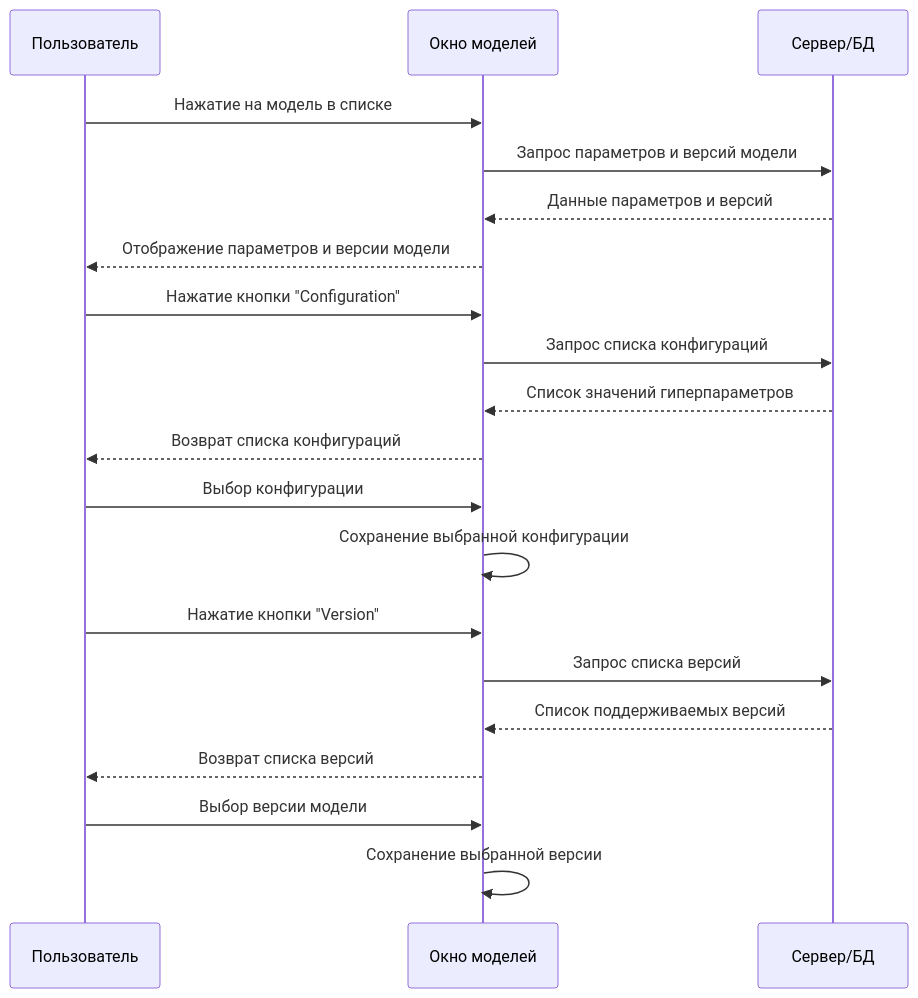
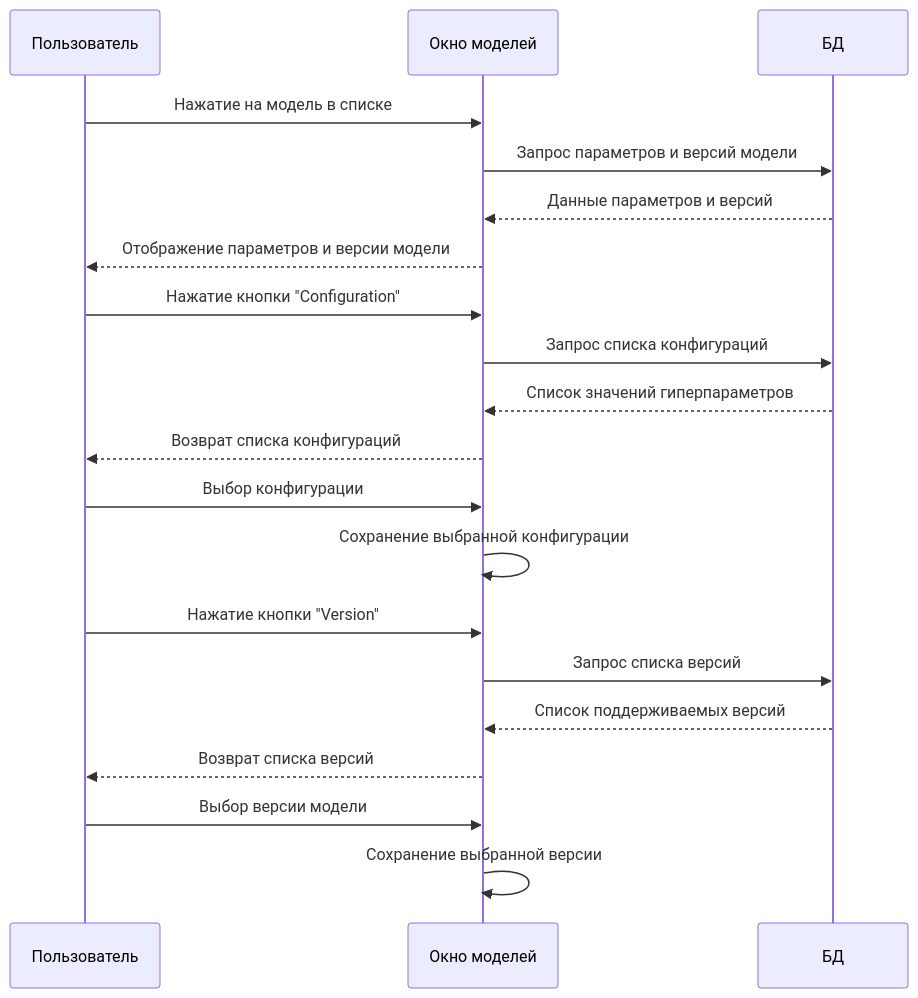
The fourth of 6 diagrams in docs/diagrams/sequence.md (Just-bite/Road_accident_detection_model), drawn with Mermaid before and after one commit. The commit also changed other lines of this file and 2 other files, not shown here.

Commit message:
components added

````diff
--- a/docs/diagrams/sequence.md
+++ b/docs/diagrams/sequence.md
@@ -105,27 +105,27 @@
 ```mermaid
 sequenceDiagram
     participant U as Пользователь
     participant MM as Окно моделей
-    participant S as Сервер/БД
+    participant S as БД
 
     U->>MM: Нажaтие на модель в списке
     MM->>S: Запрос параметров и версий модели
     S-->>MM: Данные параметров и версий
     MM-->>U: Отображение параметров и версии модели
     
     U->>MM: Нажатие кнопки "Configuration"
     MM->>S: Запрос списка конфигураций
     S-->>MM: Список значений гиперпараметров
     MM-->>U: Возврат списка конфигураций
     
     U->>MM: Выбор конфигурации
     MM->>MM: Сохранение выбранной конфигурации
     
     U->>MM: Нажатие кнопки "Version"
     MM->>S: Запрос списка версий
     S-->>MM: Список поддерживаемых версий
     MM-->>U: Возврат списка версий
     
     U->>MM: Выбор версии модели
     MM->>MM: Сохранение выбранной версии
 ```
````
